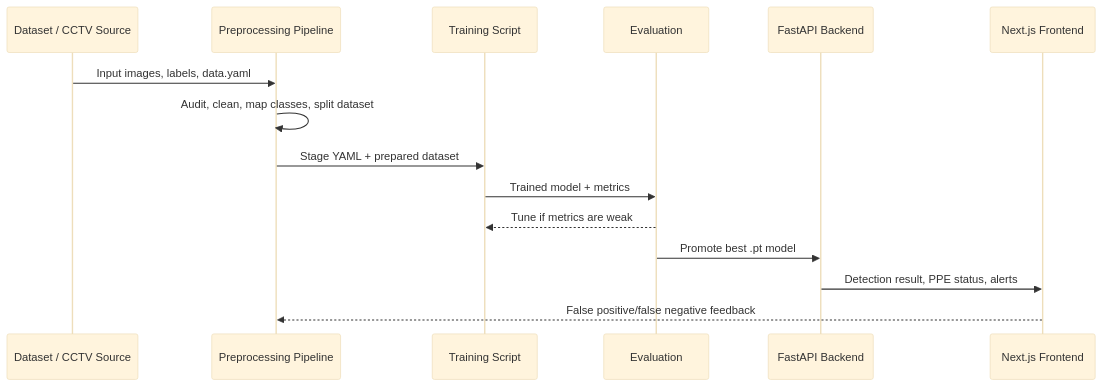
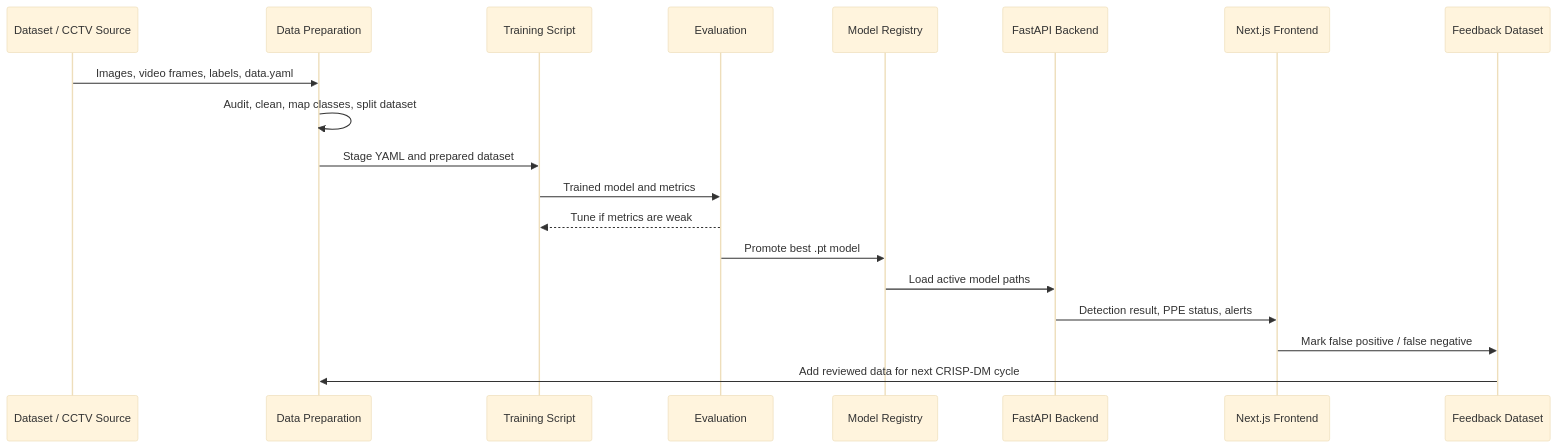
Before and after one commit to aryarefman/migas-siews: the fifth of 5 diagrams in docs/crisp-dm-architecture-flow.md, drawn with Mermaid (base theme). The commit also changed other lines of this file and 120 other files, not shown here.

````diff
--- a/docs/crisp-dm-architecture-flow.md
+++ b/docs/crisp-dm-architecture-flow.md
@@ -172,18 +909,22 @@
 ```mermaid
 sequenceDiagram
-    participant User as Dataset / CCTV Source
-    participant Prep as Preprocessing Pipeline
+    participant Source as Dataset / CCTV Source
+    participant Prep as Data Preparation
     participant Train as Training Script
     participant Eval as Evaluation
+    participant Registry as Model Registry
     participant API as FastAPI Backend
     participant UI as Next.js Frontend
+    participant Feedback as Feedback Dataset
 
-    User->>Prep: Input images, labels, data.yaml
+    Source->>Prep: Images, video frames, labels, data.yaml
     Prep->>Prep: Audit, clean, map classes, split dataset
-    Prep->>Train: Stage YAML + prepared dataset
-    Train->>Eval: Trained model + metrics
+    Prep->>Train: Stage YAML and prepared dataset
+    Train->>Eval: Trained model and metrics
     Eval-->>Train: Tune if metrics are weak
-    Eval->>API: Promote best .pt model
+    Eval->>Registry: Promote best .pt model
+    Registry->>API: Load active model paths
     API->>UI: Detection result, PPE status, alerts
-    UI-->>Prep: False positive/false negative feedback
+    UI->>Feedback: Mark false positive / false negative
+    Feedback->>Prep: Add reviewed data for next CRISP-DM cycle
 ```
````
